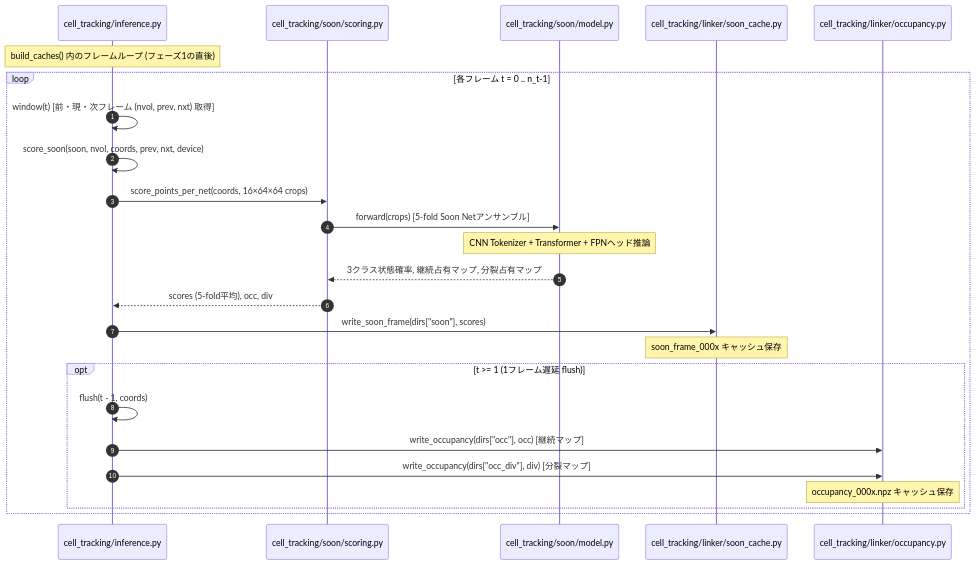
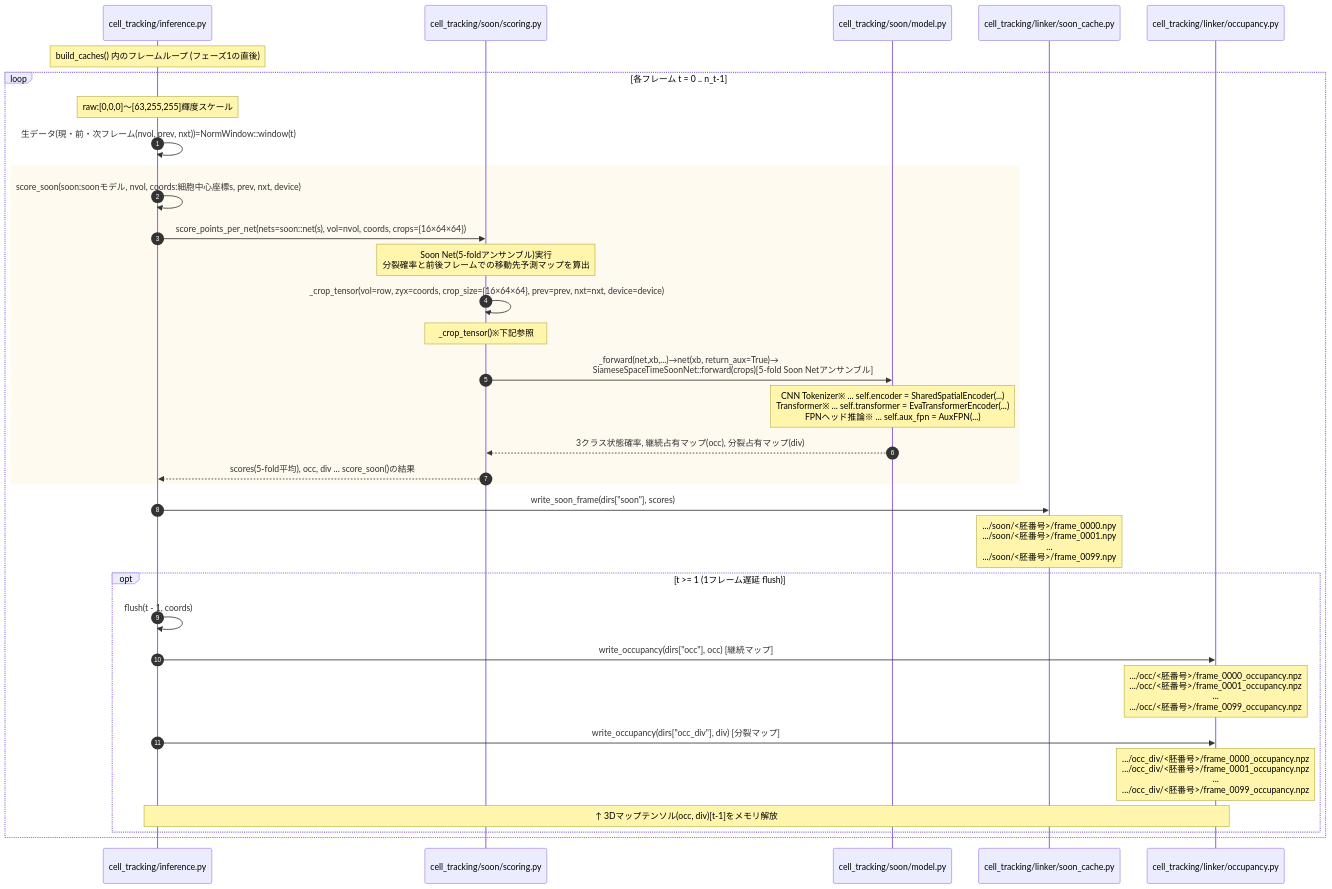
One commit to kito2718/kaggle_Biohub-Cell_Tracking_During_Development changed the sixth of 9 diagrams in episode/Summary&Conclusion/1st-place-summary.md. Above: the diagram before and after it, drawn with Mermaid. The commit also changed other lines of this file, not shown here.

Commit message:
フェーズ2 soon netの解説完了

````diff
--- a/episode/Summary&Conclusion/1st-place-summary.md
+++ b/episode/Summary&Conclusion/1st-place-summary.md
@@ -551,28 +551,36 @@
 ```mermaid
 sequenceDiagram
     autonumber
     participant Main as cell_tracking/inference.py
     participant SoonScore as cell_tracking/soon/scoring.py
     participant SoonModel as cell_tracking/soon/model.py
     participant SoonCache as cell_tracking/linker/soon_cache.py
     participant OccMod as cell_tracking/linker/occupancy.py
 
     Note over Main: build_caches() 内のフレームループ (フェーズ1の直後)
     loop 各フレーム t = 0 .. n_t-1
-        Main->>Main: window(t) [前・現・次フレーム (nvol, prev, nxt) 取得]
-        Main->>Main: score_soon(soon, nvol, coords, prev, nxt, device)
-        Main->>SoonScore: score_points_per_net(coords, 16×64×64 crops)
-        SoonScore->>SoonModel: forward(crops) [5-fold Soon Netアンサンブル]
-        Note over SoonModel: CNN Tokenizer + Transformer + FPNヘッド推論
-        SoonModel-->>SoonScore: 3クラス状態確率, 継続占有マップ, 分裂占有マップ
-        SoonScore-->>Main: scores (5-fold平均), occ, div
+        Note over Main: raw:[0,0,0]～[63,255,255]輝度スケール
+        Main->>Main: 生データ(現・前・次フレーム(nvol, prev, nxt))=NormWindow::window(t)
+        rect rgb(255, 250, 240)
+            Main->>Main: score_soon(soon:soonモデル, nvol, coords:細胞中心座標s, prev, nxt, device)
+            Main->>SoonScore: score_points_per_net(nets=soon::net(s), vol=nvol, coords, crops={16×64×64})
+            Note over SoonScore: Soon Net(5-foldアンサンブル)実行<br/>分裂確率と前後フレームでの移動先予測マップを算出
+            SoonScore->>SoonScore: _crop_tensor(vol=row, zyx=coords, crop_size={16×64×64}, prev=prev, nxt=nxt, device=device)
+            Note over SoonScore: _crop_tensor()※下記参照
+            SoonScore->>SoonModel: _forward(net,xb,...)→net(xb, return_aux=True)→<br/>　　　　　　   　　　　SiameseSpaceTimeSoonNet::forward(crops)[5-fold Soon Netアンサンブル]
+            Note over SoonModel: CNN Tokenizer※ ... self.encoder = SharedSpatialEncoder(...)<br/>Transformer※ ... self.transformer = EvaTransformerEncoder(...)<br/>FPNヘッド推論※ ... self.aux_fpn = AuxFPN(...)
+            SoonModel-->>SoonScore: 3クラス状態確率, 継続占有マップ(occ), 分裂占有マップ(div)
+            SoonScore-->>Main: scores(5-fold平均), occ, div ... score_soon()の結果
+        end
         Main->>SoonCache: write_soon_frame(dirs["soon"], scores)
-        Note over SoonCache: soon_frame_000x キャッシュ保存
+        Note over SoonCache: .../soon/<胚番号>/frame_0000.npy<br/>.../soon/<胚番号>/frame_0001.npy<br/>...<br/>.../soon/<胚番号>/frame_0099.npy
         opt t >= 1 (1フレーム遅延 flush)
             Main->>Main: flush(t - 1, coords)
             Main->>OccMod: write_occupancy(dirs["occ"], occ) [継続マップ]
+            Note over OccMod: .../occ/<胚番号>/frame_0000_occupancy.npz<br/>.../occ/<胚番号>/frame_0001_occupancy.npz<br/>...<br/>.../occ/<胚番号>/frame_0099_occupancy.npz
             Main->>OccMod: write_occupancy(dirs["occ_div"], div) [分裂マップ]
-            Note over OccMod: occupancy_000x.npz キャッシュ保存
+            Note over OccMod: .../occ_div/<胚番号>/frame_0000_occupancy.npz<br/>.../occ_div/<胚番号>/frame_0001_occupancy.npz<br/>...<br/>.../occ_div/<胚番号>/frame_0099_occupancy.npz
+            Note over Main,OccMod: ↑ 3Dマップテンソル(occ, div)[t-1]をメモリ解放
         end
     end
 ```
````
